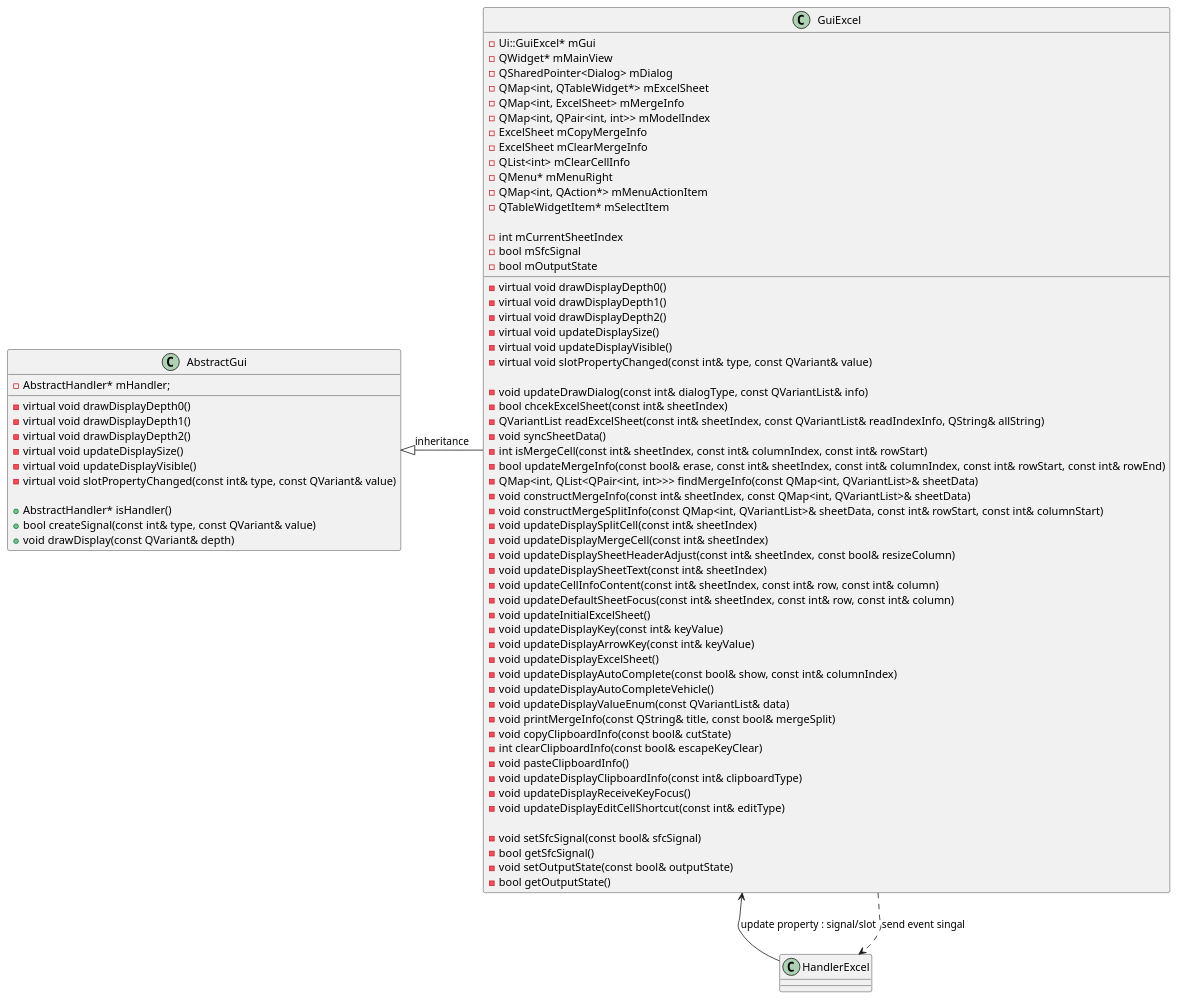
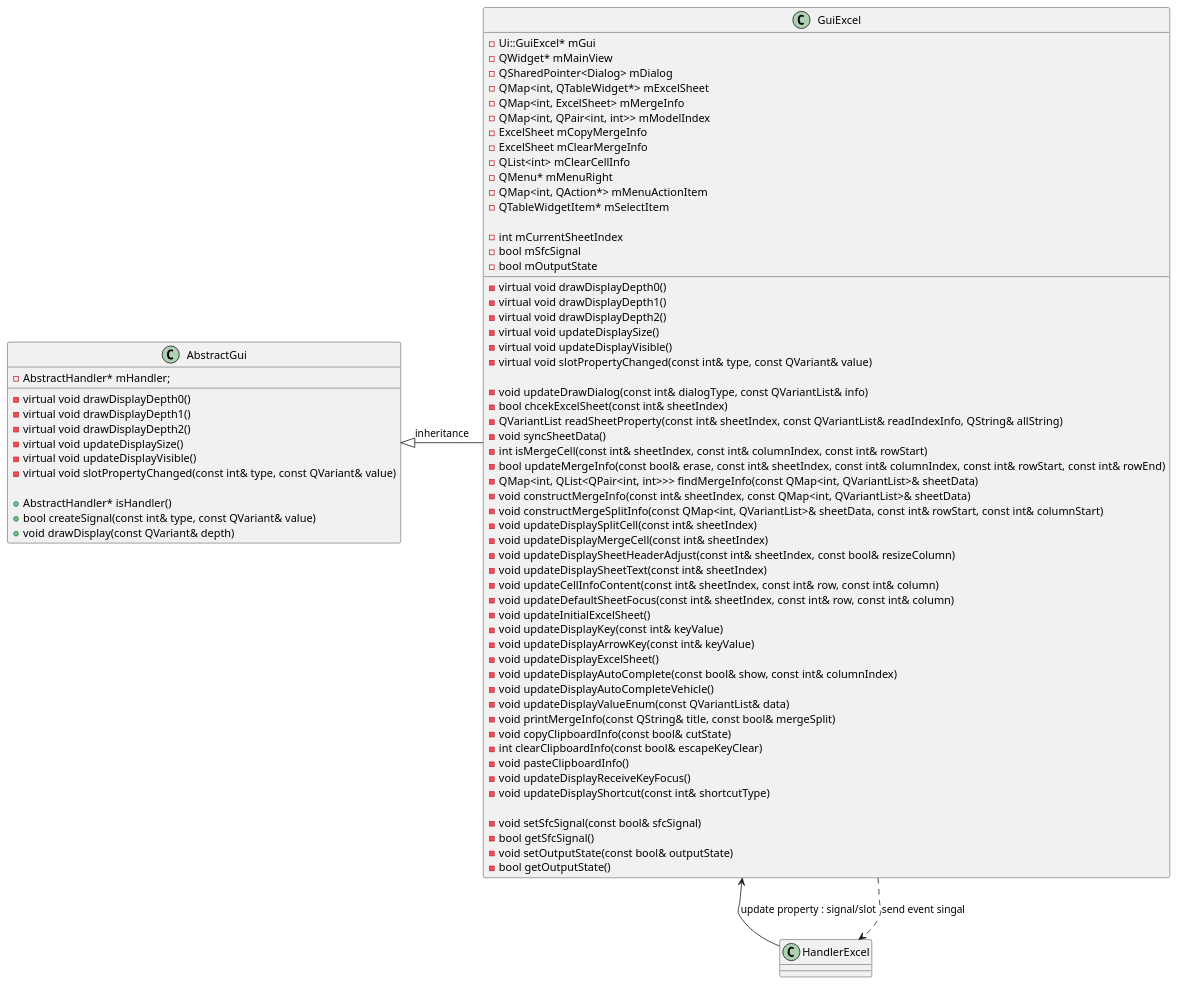
The diagram in Diagram/022_Excel/ClassDiagram_ExcelGui.plantuml (rlarudgh1997/Application), drawn with PlantUML before and after one commit. The commit also changed 13 other files, not shown here.

```diff
--- a/Diagram/022_Excel/ClassDiagram_ExcelGui.plantuml
+++ b/Diagram/022_Excel/ClassDiagram_ExcelGui.plantuml
@@ -1,86 +1,85 @@
 @startuml
 
 ' AbstractGui 클래스 정의
 class AbstractGui {
     -virtual void drawDisplayDepth0()
     -virtual void drawDisplayDepth1()
     -virtual void drawDisplayDepth2()
     -virtual void updateDisplaySize()
     -virtual void updateDisplayVisible()
     -virtual void slotPropertyChanged(const int& type, const QVariant& value)
 
     +AbstractHandler* isHandler()
     +bool createSignal(const int& type, const QVariant& value)
     +void drawDisplay(const QVariant& depth)
 
     -AbstractHandler* mHandler;
 }
 
 ' GuiExcel 클래스 정의
 class GuiExcel {
     -virtual void drawDisplayDepth0()
     -virtual void drawDisplayDepth1()
     -virtual void drawDisplayDepth2()
     -virtual void updateDisplaySize()
     -virtual void updateDisplayVisible()
     -virtual void slotPropertyChanged(const int& type, const QVariant& value)
 
     -void updateDrawDialog(const int& dialogType, const QVariantList& info)
     -bool chcekExcelSheet(const int& sheetIndex)
-    -QVariantList readExcelSheet(const int& sheetIndex, const QVariantList& readIndexInfo, QString& allString)
+    -QVariantList readSheetProperty(const int& sheetIndex, const QVariantList& readIndexInfo, QString& allString)
     -void syncSheetData()
     -int isMergeCell(const int& sheetIndex, const int& columnIndex, const int& rowStart)
     -bool updateMergeInfo(const bool& erase, const int& sheetIndex, const int& columnIndex, const int& rowStart, const int& rowEnd)
     -QMap<int, QList<QPair<int, int>>> findMergeInfo(const QMap<int, QVariantList>& sheetData)
     -void constructMergeInfo(const int& sheetIndex, const QMap<int, QVariantList>& sheetData)
     -void constructMergeSplitInfo(const QMap<int, QVariantList>& sheetData, const int& rowStart, const int& columnStart)
     -void updateDisplaySplitCell(const int& sheetIndex)
     -void updateDisplayMergeCell(const int& sheetIndex)
     -void updateDisplaySheetHeaderAdjust(const int& sheetIndex, const bool& resizeColumn)
     -void updateDisplaySheetText(const int& sheetIndex)
     -void updateCellInfoContent(const int& sheetIndex, const int& row, const int& column)
     -void updateDefaultSheetFocus(const int& sheetIndex, const int& row, const int& column)
     -void updateInitialExcelSheet()
     -void updateDisplayKey(const int& keyValue)
     -void updateDisplayArrowKey(const int& keyValue)
     -void updateDisplayExcelSheet()
     -void updateDisplayAutoComplete(const bool& show, const int& columnIndex)
     -void updateDisplayAutoCompleteVehicle()
     -void updateDisplayValueEnum(const QVariantList& data)
     -void printMergeInfo(const QString& title, const bool& mergeSplit)
     -void copyClipboardInfo(const bool& cutState)
     -int clearClipboardInfo(const bool& escapeKeyClear)
     -void pasteClipboardInfo()
-    -void updateDisplayClipboardInfo(const int& clipboardType)
     -void updateDisplayReceiveKeyFocus()
-    -void updateDisplayEditCellShortcut(const int& editType)
+    -void updateDisplayShortcut(const int& shortcutType)
 
     -void setSfcSignal(const bool& sfcSignal)
     -bool getSfcSignal()
     -void setOutputState(const bool& outputState)
     -bool getOutputState()
 
     -Ui::GuiExcel* mGui
     -QWidget* mMainView
     -QSharedPointer<Dialog> mDialog
     -QMap<int, QTableWidget*> mExcelSheet
     -QMap<int, ExcelSheet> mMergeInfo
     -QMap<int, QPair<int, int>> mModelIndex
     -ExcelSheet mCopyMergeInfo
     -ExcelSheet mClearMergeInfo
     -QList<int> mClearCellInfo
     -QMenu* mMenuRight
     -QMap<int, QAction*> mMenuActionItem
     -QTableWidgetItem* mSelectItem
 
     -int mCurrentSheetIndex
     -bool mSfcSignal
     -bool mOutputState
 }
 
 ' 클래스 간의 관계 정의
 AbstractGui <|- GuiExcel : inheritance
 GuiExcel <-- HandlerExcel : update property : signal/slot
 GuiExcel ..> HandlerExcel : send event singal
 
 @enduml
```
